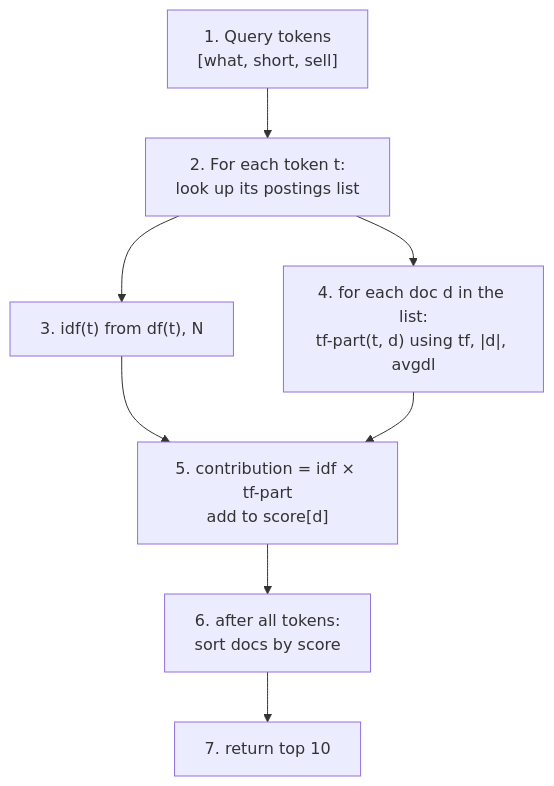
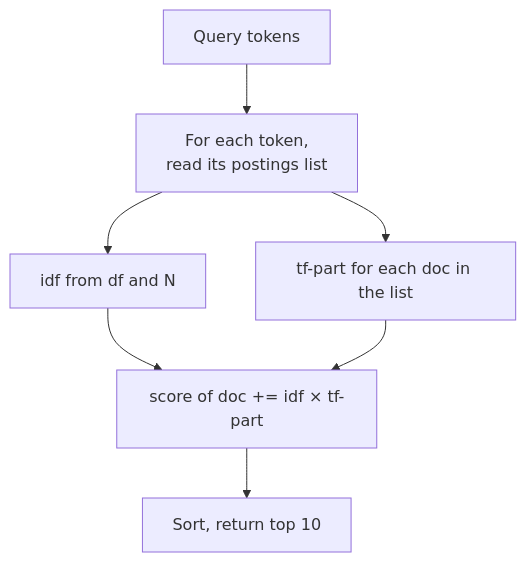
One commit to node31/fiqa-agentic-retrieval changed the second of 3 diagrams in docs/from_zero/03_keyword_search_bm25.md. Above: the diagram before and after it, drawn with Mermaid. The commit also changed other lines of this file and 9 other files, not shown here.

````diff
--- a/docs/from_zero/03_keyword_search_bm25.md
+++ b/docs/from_zero/03_keyword_search_bm25.md
@@ -152,10 +111,9 @@
 ```mermaid
 flowchart TB
-    Q["1. Query tokens<br/>[what, short, sell]"] --> F["2. For each token t:<br/>look up its postings list"]
-    F --> I["3. idf(t) from df(t), N"]
-    F --> P["4. for each doc d in the list:<br/>tf-part(t, d) using tf, |d|, avgdl"]
-    I --> X["5. contribution = idf × tf-part<br/>add to score[d]"]
+    Q["Query tokens"] --> F["For each token,<br/>read its postings list"]
+    F --> I["idf from df and N"]
+    F --> P["tf-part for each doc in the list"]
+    I --> X["score of doc += idf × tf-part"]
     P --> X
-    X --> S["6. after all tokens:<br/>sort docs by score"]
-    S --> K["7. return top 10"]
+    X --> S["Sort, return top 10"]
 ```
````
